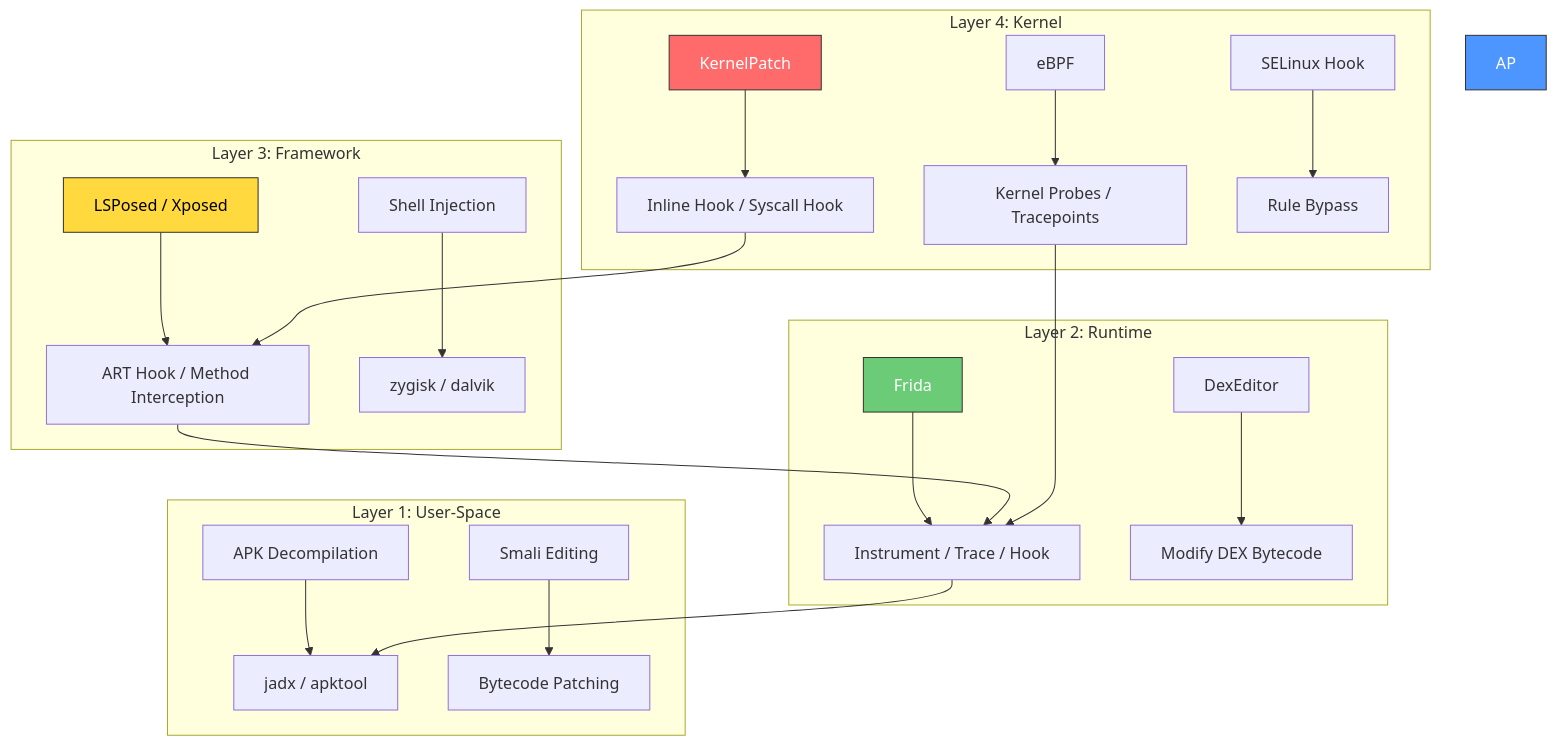
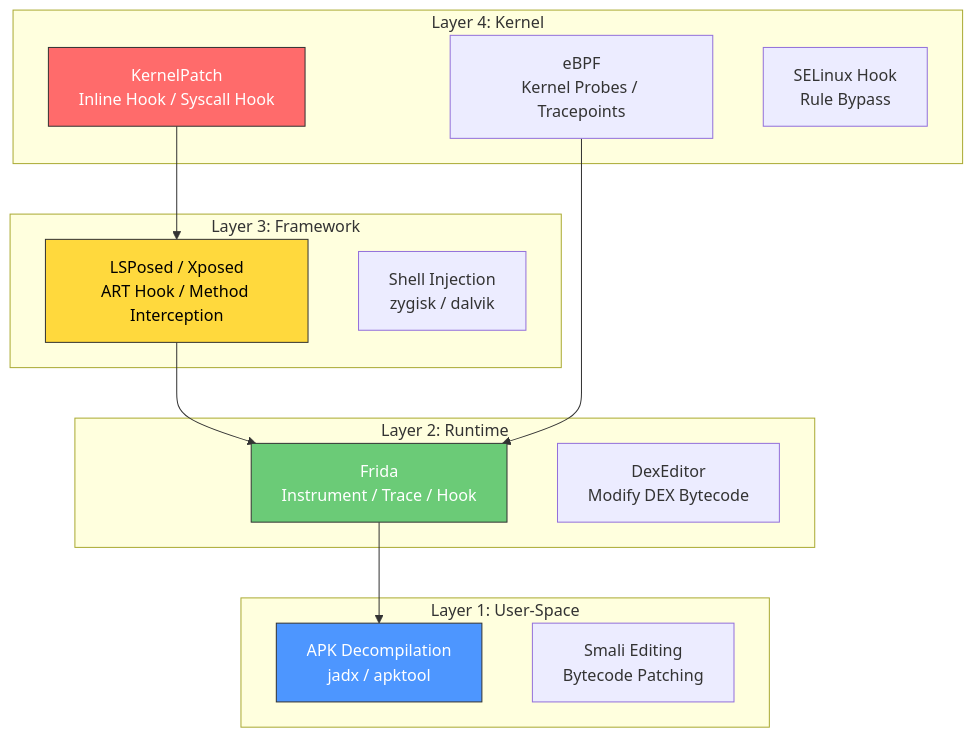
The second of 5 diagrams in README.md (ykrishhh/android-rooting-masterclass), drawn with Mermaid before and after one commit. The commit also changed other lines of this file and 3 other files, not shown here.

First line of the commit message:
Rewrite as experienced RE developer: authentic voice, SVG diagrams, learning paths

````diff
--- a/README.md
+++ b/README.md
@@ -24,33 +48,33 @@
 ```mermaid
 graph TB
     subgraph "Layer 4: Kernel"
-        KP[KernelPatch] --> KP_H[Inline Hook / Syscall Hook]
-        EBPF[eBPF] --> EBPF_M[Kernel Probes / Tracepoints]
-        SEL[SELinux Hook] --> SEL_R[Rule Bypass]
+        KP["KernelPatch<br/>Inline Hook / Syscall Hook"] 
+        EBPF["eBPF<br/>Kernel Probes / Tracepoints"]
+        SEL["SELinux Hook<br/>Rule Bypass"]
     end
 
     subgraph "Layer 3: Framework"
-        LS[LSPosed / Xposed] --> LS_A[ART Hook / Method Interception]
-        SH[Shell Injection] --> SH_M[zygisk / dalvik]
+        LS["LSPosed / Xposed<br/>ART Hook / Method Interception"]
+        SH["Shell Injection<br/>zygisk / dalvik"]
     end
 
     subgraph "Layer 2: Runtime"
-        FR[Frida] --> FR_I[Instrument / Trace / Hook]
-        DB[DexEditor] --> DB_D[Modify DEX Bytecode]
+        FR["Frida<br/>Instrument / Trace / Hook"]
+        DB["DexEditor<br/>Modify DEX Bytecode"]
     end
 
     subgraph "Layer 1: User-Space"
-        APK[APK Decompilation] --> APK_J[jadx / apktool]
-        SMALI[Smali Editing] --> SMALI_B[Bytecode Patching]
+        APK["APK Decompilation<br/>jadx / apktool"]
+        SMALI["Smali Editing<br/>Bytecode Patching"]
     end
 
-    LS_A --> FR_I
-    FR_I --> APK_J
-    KP_H --> LS_A
-    EBPF_M --> FR_I
+    LS --> FR
+    FR --> APK
+    KP --> LS
+    EBPF --> FR
 
     style KP fill:#ff6b6b,stroke:#333,color:#fff
     style LS fill:#ffd93d,stroke:#333,color:#000
     style FR fill:#6bcb77,stroke:#333,color:#fff
-    style AP fill:#4d96ff,stroke:#333,color:#fff
+    style APK fill:#4d96ff,stroke:#333,color:#fff
 ```
````
